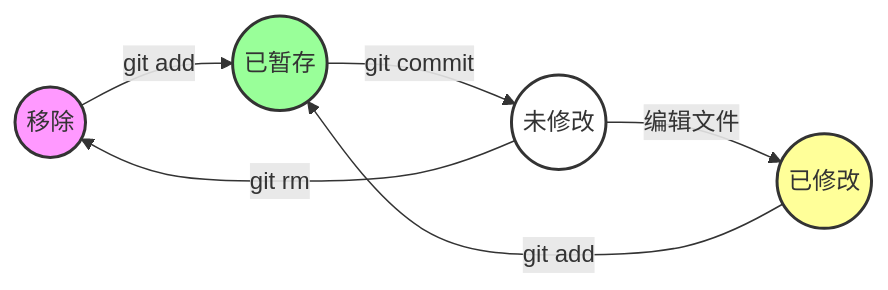
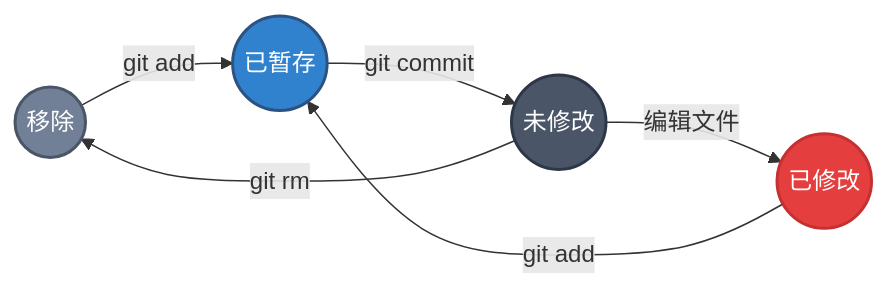
The diagram in src/content/docs/02-basics/02-recording-changes.md (VrianCao/GitTour), drawn with Mermaid before and after one commit. The commit also changed 10 other files, not shown here.

First line of the commit message:
style: optimize Mermaid diagrams for light/dark mode

````diff
--- a/src/content/docs/02-basics/02-recording-changes.md
+++ b/src/content/docs/02-basics/02-recording-changes.md
@@ -22,13 +22,19 @@
 ```mermaid
 graph LR
     Untracked((未跟踪)) -- "git add" --> Staged
     Unmodified((未修改)) -- 编辑文件 --> Modified((已修改))
     Modified -- "git add" --> Staged((已暂存))
     Staged -- "git commit" --> Unmodified
     Unmodified -- "git rm" --> Untracked((移除))
-    
-    style Untracked fill:#f9f,stroke:#333,stroke-width:2px
-    style Unmodified fill:#fff,stroke:#333,stroke-width:2px
-    style Modified fill:#ff9,stroke:#333,stroke-width:2px
-    style Staged fill:#9f9,stroke:#333,stroke-width:2px
+
+    %% 定义适配亮/暗模式的样式类
+    classDef untrackedNode fill:#718096,stroke:#4a5568,color:#fff,stroke-width:2px
+    classDef unmodifiedNode fill:#4a5568,stroke:#2d3748,color:#fff,stroke-width:2px
+    classDef modifiedNode fill:#e53e3e,stroke:#c53030,color:#fff,stroke-width:2px
+    classDef stagedNode fill:#3182ce,stroke:#2c5282,color:#fff,stroke-width:2px
+
+    class Untracked untrackedNode
+    class Unmodified unmodifiedNode
+    class Modified modifiedNode
+    class Staged stagedNode
 ```
````
